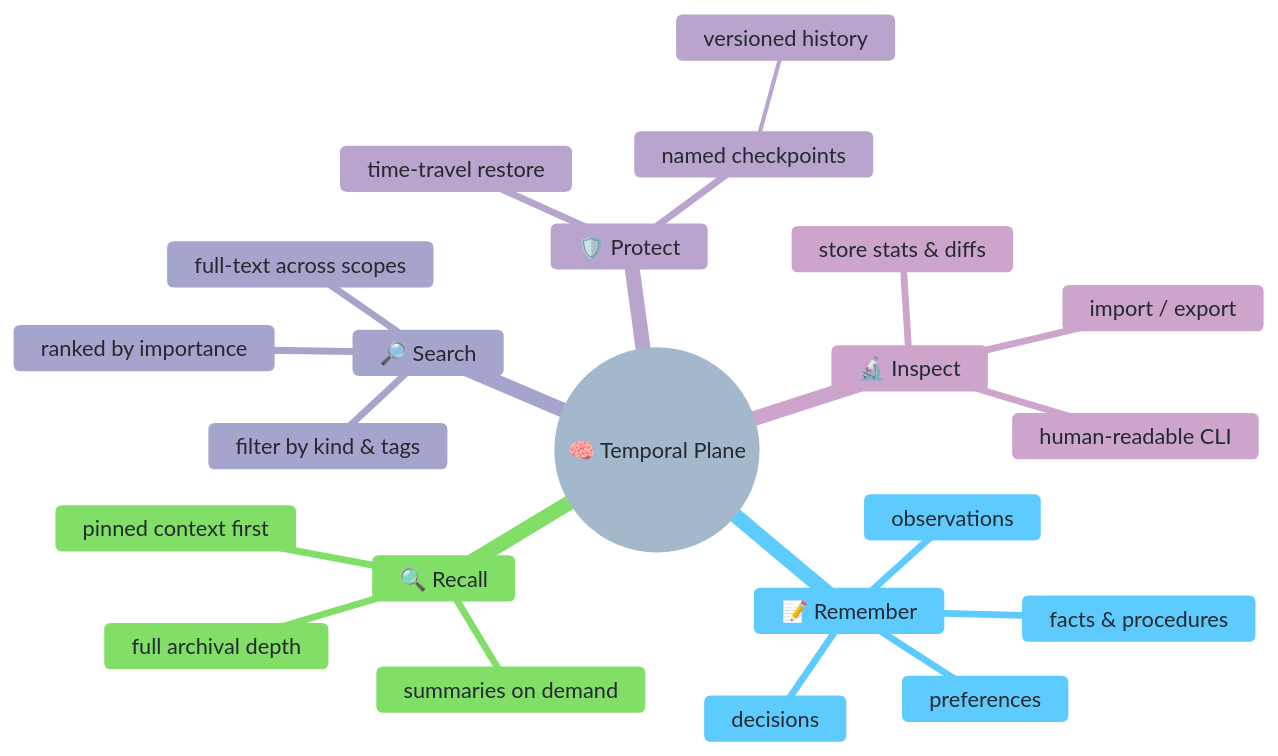
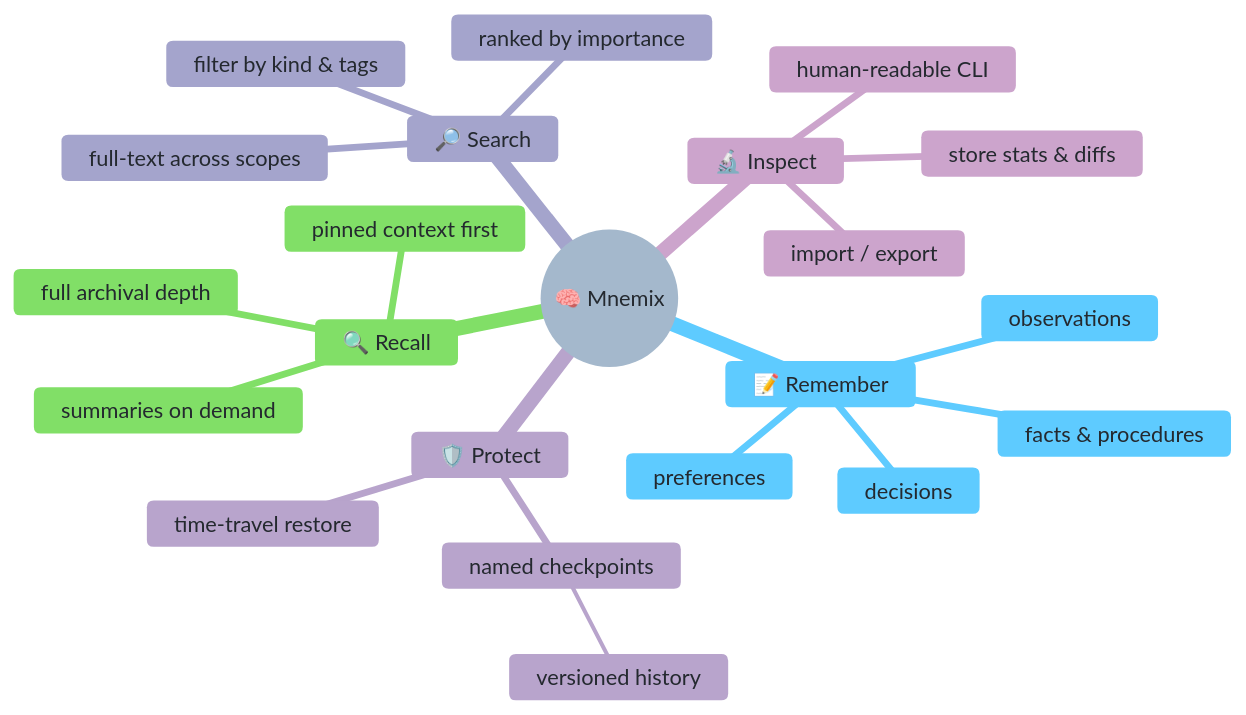
The first of 3 diagrams in README.md (micahcourey/temporal-plane), drawn with Mermaid before and after one commit. The commit also changed other lines of this file and 161 other files, not shown here.

````diff
--- a/README.md
+++ b/README.md
@@ -5,37 +5,37 @@
 ```mermaid
 %%{init: {
   "theme": "base",
   "themeVariables": {
     "background": "#ffffff",
     "primaryTextColor": "#24292f",
     "primaryColor": "#f6f8fa",
     "primaryBorderColor": "#0969da",
     "lineColor": "#57606a",
     "secondaryColor": "#ddf4ff",
     "tertiaryColor": "#d8f5d0"
   }
 }}%%
 mindmap
-  root((🧠 Temporal Plane))
+  root((🧠 Mnemix))
     📝 Remember
       observations
       decisions
       preferences
       facts & procedures
     🔍 Recall
       pinned context first
       summaries on demand
       full archival depth
     🔎 Search
       full-text across scopes
       filter by kind & tags
       ranked by importance
     🛡️ Protect
       named checkpoints
         versioned history
       time-travel restore
     🔬 Inspect
       human-readable CLI
       store stats & diffs
       import / export
 ```
````
